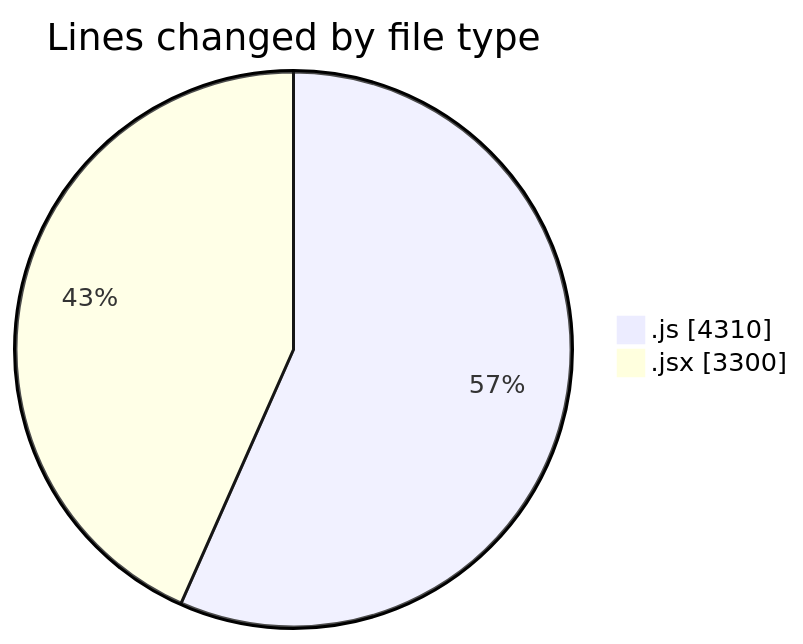
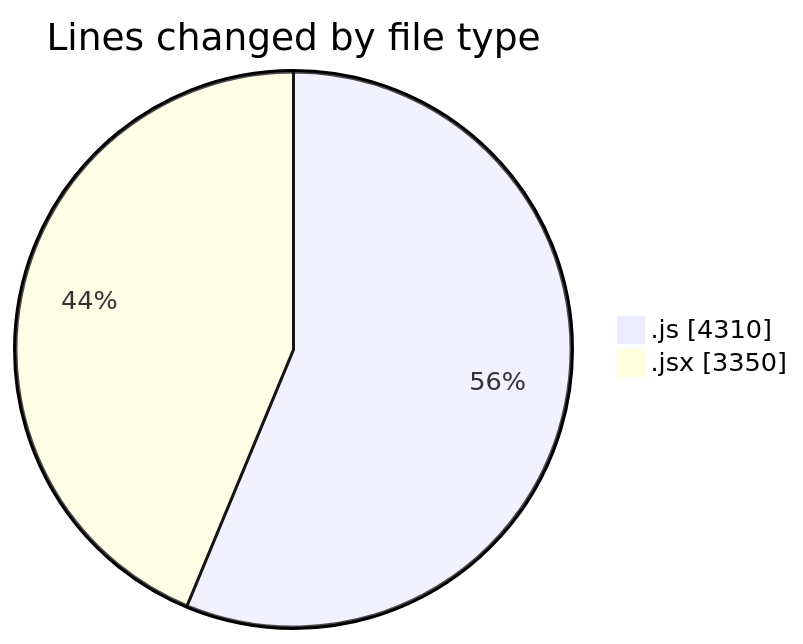
The first of 2 diagrams in 2025-12-29/nxtqube_webapp/README.md (nxtqubesakshisongat/code-tracking), drawn with Mermaid before and after one commit. The commit also changed other lines of this file and 1 other file, not shown here.

````diff
--- a/2025-12-29/nxtqube_webapp/README.md
+++ b/2025-12-29/nxtqube_webapp/README.md
@@ -24,6 +24,6 @@
 ```mermaid
 pie showData
 title Lines changed by file type
 ".js" : 4310
-".jsx" : 3300
+".jsx" : 3350
 ```
````
